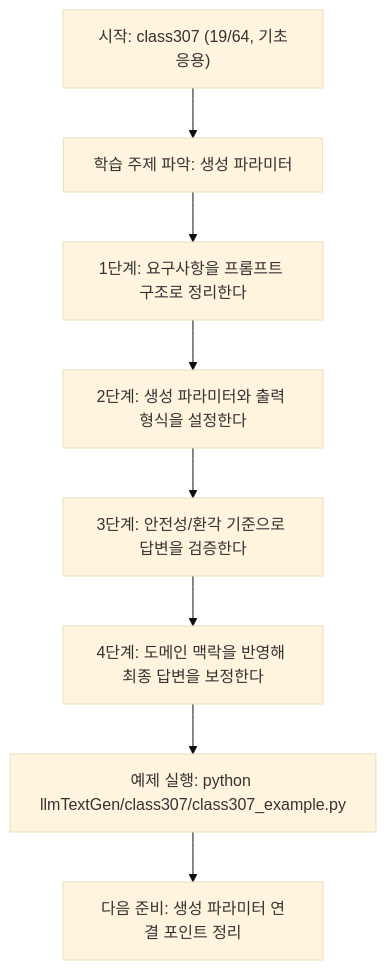
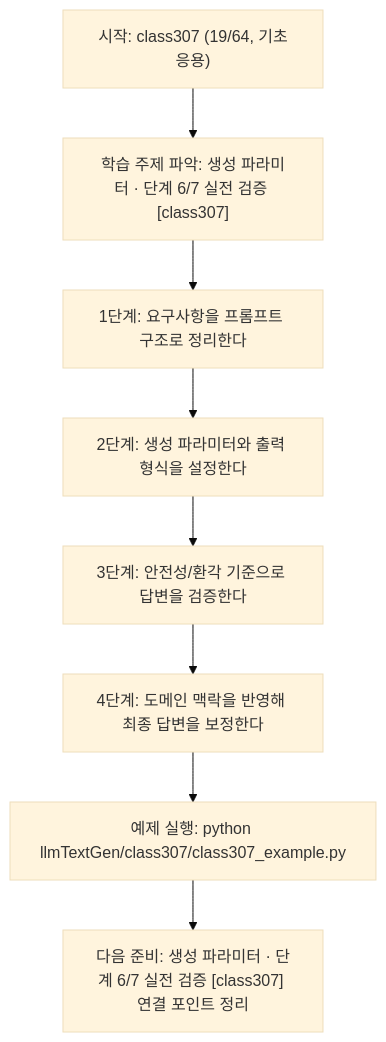
The diagram in llmTextGen/class307/class307.md (edumgt/Python-AI_Agent-Class), drawn with Mermaid (base theme) before and after one commit. The commit also changed other lines of this file and 522 other files, not shown here.

````diff
--- a/llmTextGen/class307/class307.md
+++ b/llmTextGen/class307/class307.md
@@ -112,18 +113,18 @@
 ```mermaid
 flowchart TD
 N1["시작: class307 (19/64, 기초응용)"]
-N2["학습 주제 파악: 생성 파라미터"]
+N2["학습 주제 파악: 생성 파라미터 · 단계 6/7 실전 검증 [class307]"]
 N3["1단계: 요구사항을 프롬프트 구조로 정리한다"]
 N4["2단계: 생성 파라미터와 출력 형식을 설정한다"]
 N5["3단계: 안전성/환각 기준으로 답변을 검증한다"]
 N6["4단계: 도메인 맥락을 반영해 최종 답변을 보정한다"]
 N7["예제 실행: python llmTextGen/class307/class307_example.py"]
-N8["다음 준비: 생성 파라미터 연결 포인트 정리"]
+N8["다음 준비: 생성 파라미터 · 단계 6/7 실전 검증 [class307] 연결 포인트 정리"]
 N1 --> N2
 N2 --> N3
 N3 --> N4
 N4 --> N5
 N5 --> N6
 N6 --> N7
 N7 --> N8
 ```
````
